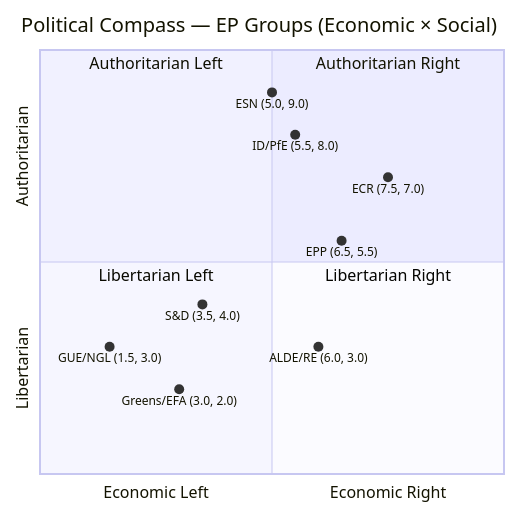
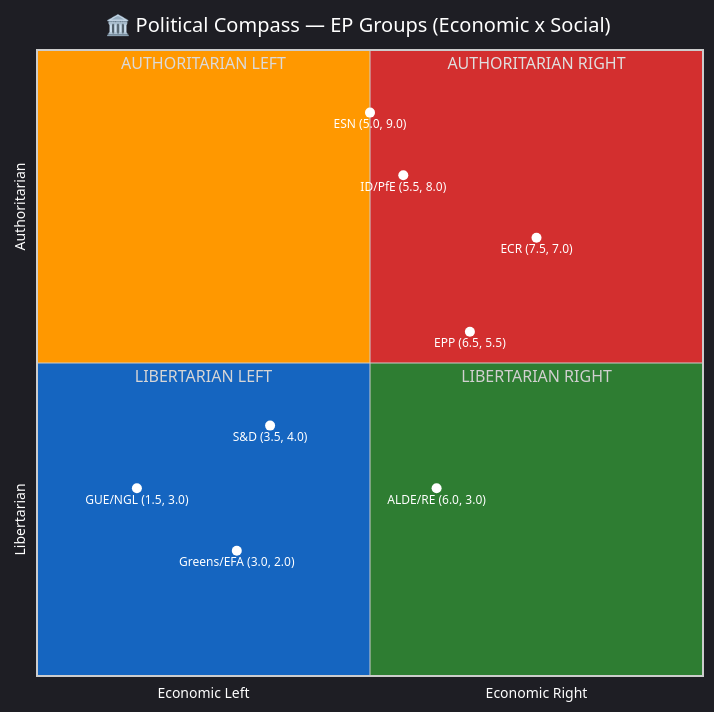
Diagram 11 of 21 in docs/api-markdown/_media/EP_POLITICAL_LANDSCAPE.md (Hack23/European-Parliament-MCP-Server), drawn with Mermaid before and after one commit. The commit also changed 17 other files, not shown here.

````diff
--- a/docs/api-markdown/_media/EP_POLITICAL_LANDSCAPE.md
+++ b/docs/api-markdown/_media/EP_POLITICAL_LANDSCAPE.md
@@ -247,18 +247,41 @@
 ```mermaid
+%%{init: {
+  "theme": "dark",
+  "themeVariables": {
+    "quadrant1Fill": "#D32F2F",
+    "quadrant2Fill": "#FF9800",
+    "quadrant3Fill": "#1565C0",
+    "quadrant4Fill": "#2E7D32",
+    "quadrantTitleFill": "#ffffff",
+    "quadrantPointFill": "#ffffff",
+    "quadrantPointTextFill": "#ffffff",
+    "quadrantXAxisTextFill": "#ffffff",
+    "quadrantYAxisTextFill": "#ffffff"
+  },
+  "quadrantChart": {
+    "chartWidth": 700,
+    "chartHeight": 700,
+    "pointLabelFontSize": 12,
+    "titleFontSize": 20,
+    "quadrantLabelFontSize": 16,
+    "xAxisLabelFontSize": 14,
+    "yAxisLabelFontSize": 14
+  }
+}}%%
 quadrantChart
-    title Political Compass — EP Groups (Economic × Social)
+    title 🏛️ Political Compass — EP Groups (Economic x Social)
     x-axis "Economic Left" --> "Economic Right"
     y-axis "Libertarian" --> "Authoritarian"
-    quadrant-1 "Authoritarian Right"
-    quadrant-2 "Authoritarian Left"
-    quadrant-3 "Libertarian Left"
-    quadrant-4 "Libertarian Right"
+    quadrant-1 "AUTHORITARIAN RIGHT"
+    quadrant-2 "AUTHORITARIAN LEFT"
+    quadrant-3 "LIBERTARIAN LEFT"
+    quadrant-4 "LIBERTARIAN RIGHT"
     "GUE/NGL (1.5, 3.0)": [0.15, 0.30]
     "Greens/EFA (3.0, 2.0)": [0.30, 0.20]
     "S&D (3.5, 4.0)": [0.35, 0.40]
     "ALDE/RE (6.0, 3.0)": [0.60, 0.30]
     "EPP (6.5, 5.5)": [0.65, 0.55]
     "ECR (7.5, 7.0)": [0.75, 0.70]
     "ID/PfE (5.5, 8.0)": [0.55, 0.80]
     "ESN (5.0, 9.0)": [0.50, 0.90]
 ```
````
